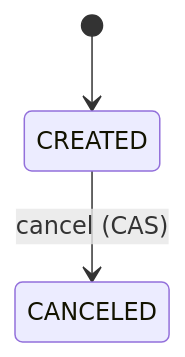
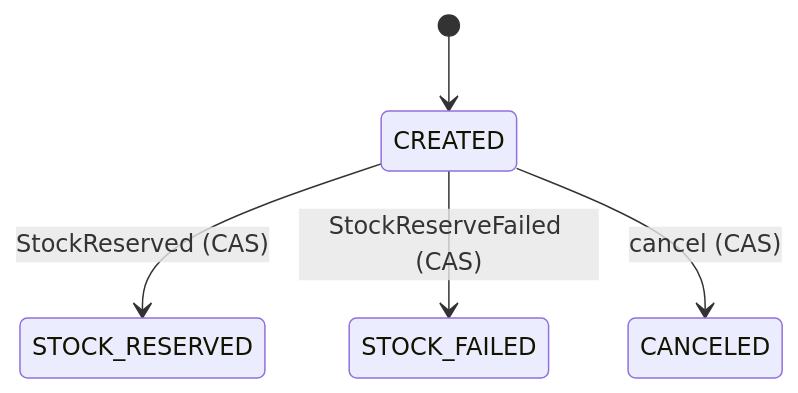
One commit to Zdanquxunhuan/ymall-like changed the fifth of 8 diagrams in flowchart.md. Above: the diagram before and after it, drawn with Mermaid. The commit also changed other lines of this file and 16 other files, not shown here.

````diff
--- a/flowchart.md
+++ b/flowchart.md
@@ -70,5 +70,7 @@
 ```mermaid
 stateDiagram-v2
     [*] --> CREATED
+    CREATED --> STOCK_RESERVED: StockReserved (CAS)
+    CREATED --> STOCK_FAILED: StockReserveFailed (CAS)
     CREATED --> CANCELED: cancel (CAS)
 ```
````
